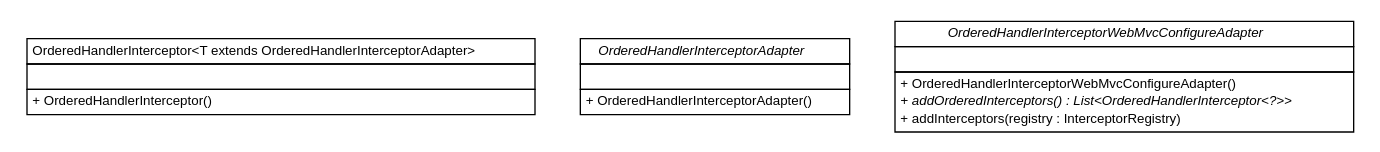
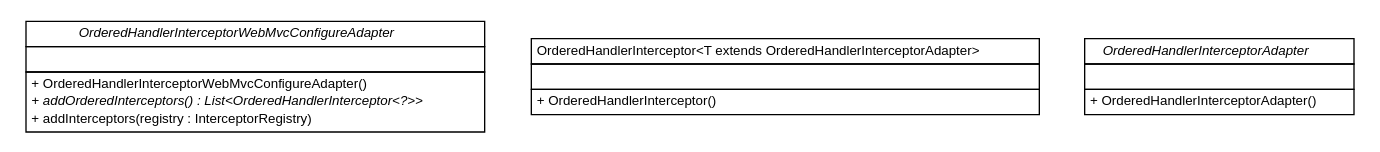
The diagram in release/build-docker/cloud-ready-parent/spring-boot-commons/apidocs/top/infra/web/servlet/handler/top.infra.web.servlet.handler.dot (cloud-ready/cloud-ready), drawn with Graphviz before and after one commit. The commit also changed 61 other files, not shown here.

```diff
--- a/release/build-docker/cloud-ready-parent/spring-boot-commons/apidocs/top/infra/web/servlet/handler/top.infra.web.servlet.handler.dot
+++ b/release/build-docker/cloud-ready-parent/spring-boot-commons/apidocs/top/infra/web/servlet/handler/top.infra.web.servlet.handler.dot
@@ -1,50 +1,50 @@
 #!/usr/local/bin/dot
 #
 # Class diagram 
 # Generated by UMLGraph version R5_6-24-gf6e263 (http://www.umlgraph.org/)
 #
 
 digraph G {
 	edge [fontname="Helvetica",fontsize=10,labelfontname="Helvetica",labelfontsize=10];
 	node [fontname="Helvetica",fontsize=10,shape=plaintext];
 	nodesep=0.25;
 	ranksep=0.5;
-	// top.infra.web.servlet.handler.OrderedHandlerInterceptor<T extends top.infra.web.servlet.handler.OrderedHandlerInterceptorAdapter>
-	c0 [label=<<table title="top.infra.web.servlet.handler.OrderedHandlerInterceptor" border="0" cellborder="1" cellspacing="0" cellpadding="2" port="p" href="./OrderedHandlerInterceptor.html">
-		<tr><td><table border="0" cellspacing="0" cellpadding="1">
-<tr><td align="center" balign="center"> OrderedHandlerInterceptor&lt;T extends OrderedHandlerInterceptorAdapter&gt; </td></tr>
-		</table></td></tr>
-		<tr><td><table border="0" cellspacing="0" cellpadding="1">
-<tr><td align="left" balign="left">  </td></tr>
-		</table></td></tr>
-		<tr><td><table border="0" cellspacing="0" cellpadding="1">
-<tr><td align="left" balign="left"> + OrderedHandlerInterceptor() </td></tr>
-		</table></td></tr>
-		</table>>, URL="./OrderedHandlerInterceptor.html", fontname="Helvetica", fontcolor="black", fontsize=10.0];
-	// top.infra.web.servlet.handler.OrderedHandlerInterceptorAdapter
-	c1 [label=<<table title="top.infra.web.servlet.handler.OrderedHandlerInterceptorAdapter" border="0" cellborder="1" cellspacing="0" cellpadding="2" port="p" href="./OrderedHandlerInterceptorAdapter.html">
-		<tr><td><table border="0" cellspacing="0" cellpadding="1">
-<tr><td align="center" balign="center"><font face="Helvetica-Oblique"> OrderedHandlerInterceptorAdapter </font></td></tr>
-		</table></td></tr>
-		<tr><td><table border="0" cellspacing="0" cellpadding="1">
-<tr><td align="left" balign="left">  </td></tr>
-		</table></td></tr>
-		<tr><td><table border="0" cellspacing="0" cellpadding="1">
-<tr><td align="left" balign="left"> + OrderedHandlerInterceptorAdapter() </td></tr>
-		</table></td></tr>
-		</table>>, URL="./OrderedHandlerInterceptorAdapter.html", fontname="Helvetica", fontcolor="black", fontsize=10.0];
 	// top.infra.web.servlet.handler.OrderedHandlerInterceptorWebMvcConfigureAdapter
-	c2 [label=<<table title="top.infra.web.servlet.handler.OrderedHandlerInterceptorWebMvcConfigureAdapter" border="0" cellborder="1" cellspacing="0" cellpadding="2" port="p" href="./OrderedHandlerInterceptorWebMvcConfigureAdapter.html">
+	c0 [label=<<table title="top.infra.web.servlet.handler.OrderedHandlerInterceptorWebMvcConfigureAdapter" border="0" cellborder="1" cellspacing="0" cellpadding="2" port="p" href="./OrderedHandlerInterceptorWebMvcConfigureAdapter.html">
 		<tr><td><table border="0" cellspacing="0" cellpadding="1">
 <tr><td align="center" balign="center"><font face="Helvetica-Oblique"> OrderedHandlerInterceptorWebMvcConfigureAdapter </font></td></tr>
 		</table></td></tr>
 		<tr><td><table border="0" cellspacing="0" cellpadding="1">
 <tr><td align="left" balign="left">  </td></tr>
 		</table></td></tr>
 		<tr><td><table border="0" cellspacing="0" cellpadding="1">
 <tr><td align="left" balign="left"> + OrderedHandlerInterceptorWebMvcConfigureAdapter() </td></tr>
 <tr><td align="left" balign="left"><font face="Helvetica-Oblique" point-size="10.0"> + addOrderedInterceptors() : List&lt;OrderedHandlerInterceptor&lt;?&gt;&gt; </font></td></tr>
 <tr><td align="left" balign="left"> + addInterceptors(registry : InterceptorRegistry) </td></tr>
 		</table></td></tr>
 		</table>>, URL="./OrderedHandlerInterceptorWebMvcConfigureAdapter.html", fontname="Helvetica", fontcolor="black", fontsize=10.0];
+	// top.infra.web.servlet.handler.OrderedHandlerInterceptor<T extends top.infra.web.servlet.handler.OrderedHandlerInterceptorAdapter>
+	c1 [label=<<table title="top.infra.web.servlet.handler.OrderedHandlerInterceptor" border="0" cellborder="1" cellspacing="0" cellpadding="2" port="p" href="./OrderedHandlerInterceptor.html">
+		<tr><td><table border="0" cellspacing="0" cellpadding="1">
+<tr><td align="center" balign="center"> OrderedHandlerInterceptor&lt;T extends OrderedHandlerInterceptorAdapter&gt; </td></tr>
+		</table></td></tr>
+		<tr><td><table border="0" cellspacing="0" cellpadding="1">
+<tr><td align="left" balign="left">  </td></tr>
+		</table></td></tr>
+		<tr><td><table border="0" cellspacing="0" cellpadding="1">
+<tr><td align="left" balign="left"> + OrderedHandlerInterceptor() </td></tr>
+		</table></td></tr>
+		</table>>, URL="./OrderedHandlerInterceptor.html", fontname="Helvetica", fontcolor="black", fontsize=10.0];
+	// top.infra.web.servlet.handler.OrderedHandlerInterceptorAdapter
+	c2 [label=<<table title="top.infra.web.servlet.handler.OrderedHandlerInterceptorAdapter" border="0" cellborder="1" cellspacing="0" cellpadding="2" port="p" href="./OrderedHandlerInterceptorAdapter.html">
+		<tr><td><table border="0" cellspacing="0" cellpadding="1">
+<tr><td align="center" balign="center"><font face="Helvetica-Oblique"> OrderedHandlerInterceptorAdapter </font></td></tr>
+		</table></td></tr>
+		<tr><td><table border="0" cellspacing="0" cellpadding="1">
+<tr><td align="left" balign="left">  </td></tr>
+		</table></td></tr>
+		<tr><td><table border="0" cellspacing="0" cellpadding="1">
+<tr><td align="left" balign="left"> + OrderedHandlerInterceptorAdapter() </td></tr>
+		</table></td></tr>
+		</table>>, URL="./OrderedHandlerInterceptorAdapter.html", fontname="Helvetica", fontcolor="black", fontsize=10.0];
 }
```
